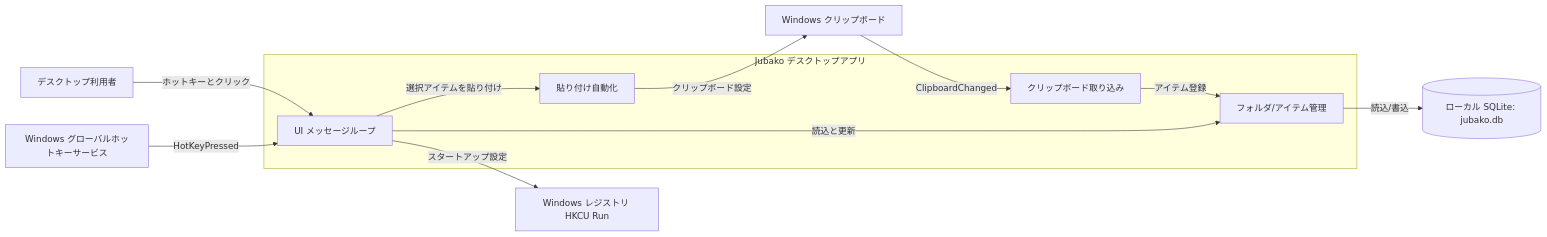
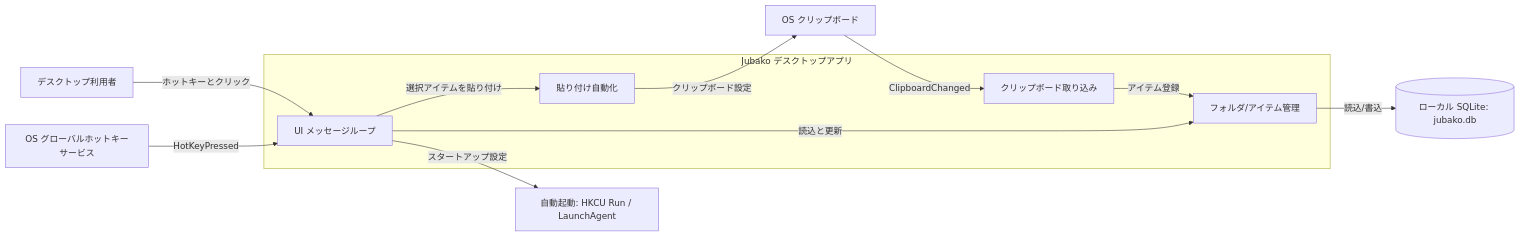
One commit to puuuii/Jubako changed the diagram in docs/architecture/01_system_context/system-context.md. Above: the diagram before and after it, drawn with Mermaid. The commit also changed other lines of this file and 25 other files, not shown here.

````diff
--- a/docs/architecture/01_system_context/system-context.md
+++ b/docs/architecture/01_system_context/system-context.md
@@ -13,25 +13,25 @@
 ```mermaid
 flowchart LR
     User[デスクトップ利用者]
-    Clipboard[Windows クリップボード]
-    HotKeySvc[Windows グローバルホットキーサービス]
-    Registry[Windows レジストリ HKCU Run]
+    Clipboard[OS クリップボード]
+    HotKeySvc[OS グローバルホットキーサービス]
+    Autostart[自動起動: HKCU Run / LaunchAgent]
     DB[(ローカル SQLite: jubako.db)]
 
     subgraph Jubako[Jubako デスクトップアプリ]
         UI[UI メッセージループ]
         Capture[クリップボード取り込み]
         Catalog[フォルダ/アイテム管理]
         Paste[貼り付け自動化]
     end
 
     User -->|ホットキーとクリック| UI
     HotKeySvc -->|HotKeyPressed| UI
     Clipboard -->|ClipboardChanged| Capture
     Capture -->|アイテム登録| Catalog
     UI -->|読込と更新| Catalog
     Catalog -->|読込/書込| DB
     UI -->|選択アイテムを貼り付け| Paste
     Paste -->|クリップボード設定| Clipboard
-    UI -->|スタートアップ設定| Registry
+    UI -->|スタートアップ設定| Autostart
 ```
````
